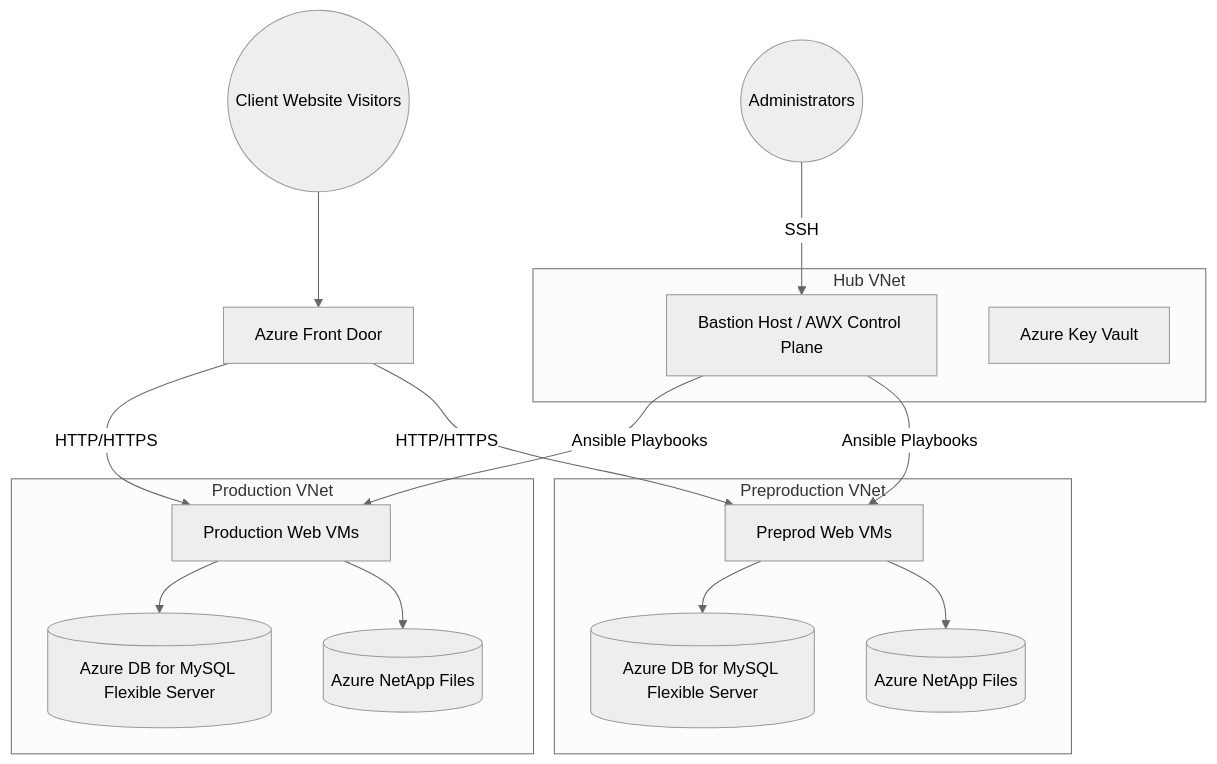
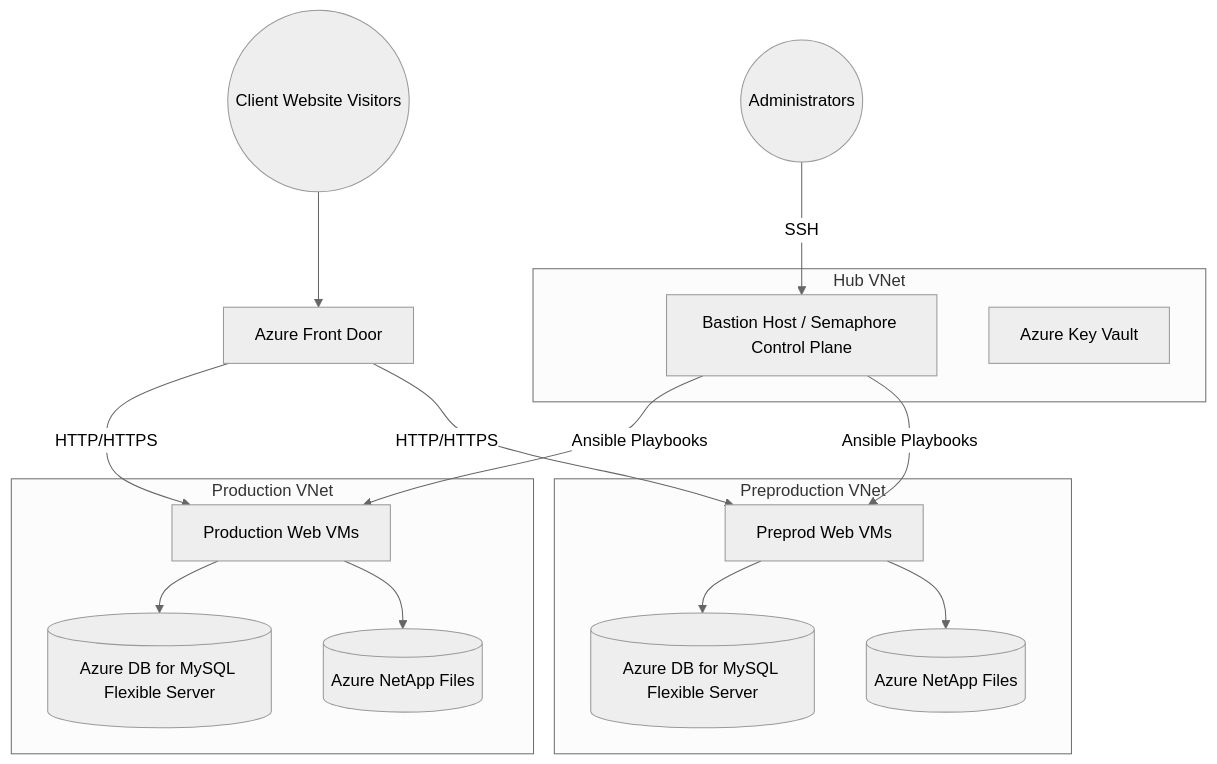
One commit to chinmaymjog/shared-hosting-azure changed the diagram in README.md. Above: the diagram before and after it, drawn with Mermaid (neutral theme). The commit also changed other lines of this file and 5 other files, not shown here.

````diff
--- a/README.md
+++ b/README.md
@@ -11,32 +11,32 @@
 ```mermaid
 graph TD
     Client((Client Website Visitors)) --> FD[Azure Front Door]
     
     subgraph "Hub VNet"
-      Bastion[Bastion Host / AWX Control Plane]
+      Bastion[Bastion Host / Semaphore Control Plane]
       KV[Azure Key Vault]
     end
 
     FD -->|HTTP/HTTPS| WebPRD[Production Web VMs]
     FD -->|HTTP/HTTPS| WebPPRD[Preprod Web VMs]
 
     subgraph "Production VNet"
         WebPRD
         DBPRD[(Azure DB for MySQL Flexible Server)]
         NetAppPRD[(Azure NetApp Files)]
         WebPRD --> DBPRD
         WebPRD --> NetAppPRD
     end
 
     subgraph "Preproduction VNet"
         WebPPRD
         DBPPRD[(Azure DB for MySQL Flexible Server)]
         NetAppPPRD[(Azure NetApp Files)]
         WebPPRD --> DBPPRD
         WebPPRD --> NetAppPPRD
     end
     
     Admin((Administrators)) -->|SSH| Bastion
     Bastion -->|Ansible Playbooks| WebPRD
     Bastion -->|Ansible Playbooks| WebPPRD
 ```
````
